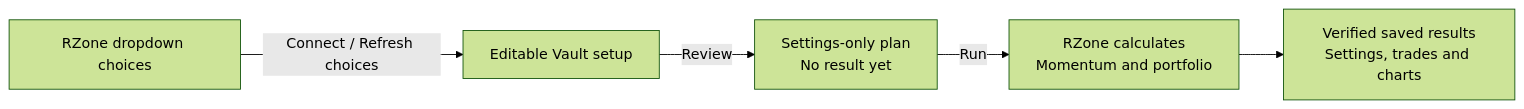
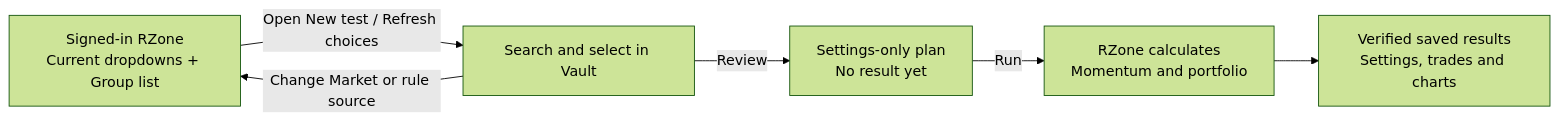
The third of 12 diagrams in README.md (mamamiya7/backtest-vault), drawn with Mermaid (forest theme) before and after one commit. The commit also changed other lines of this file and 17 other files, not shown here.

Commit message:
Load RZone dropdown choices automatically with searchable groups

````diff
--- a/README.md
+++ b/README.md
@@ -54,7 +54,8 @@
 ```mermaid
 flowchart LR
-    A["RZone dropdown choices"] -->|"Connect / Refresh choices"| B["Editable Vault setup"]
+    A["Signed-in RZone<br/>Current dropdowns + Group list"] -->|"Open New test / Refresh choices"| B["Search and select in Vault"]
+    B -->|"Change Market or rule source"| A
     B -->|"Review"| C["Settings-only plan<br/>No result yet"]
     C -->|"Run"| D["RZone calculates<br/>Momentum and portfolio"]
     D --> E["Verified saved results<br/>Settings, trades and charts"]
 ```
````
